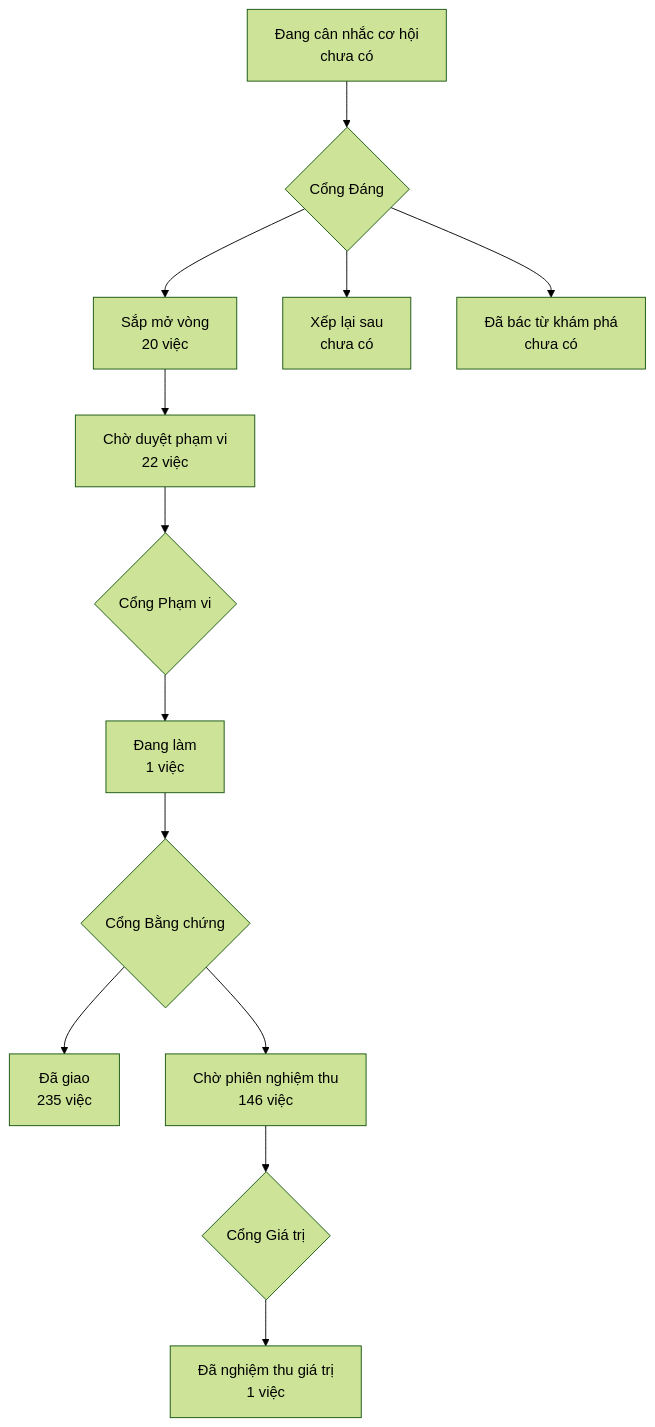
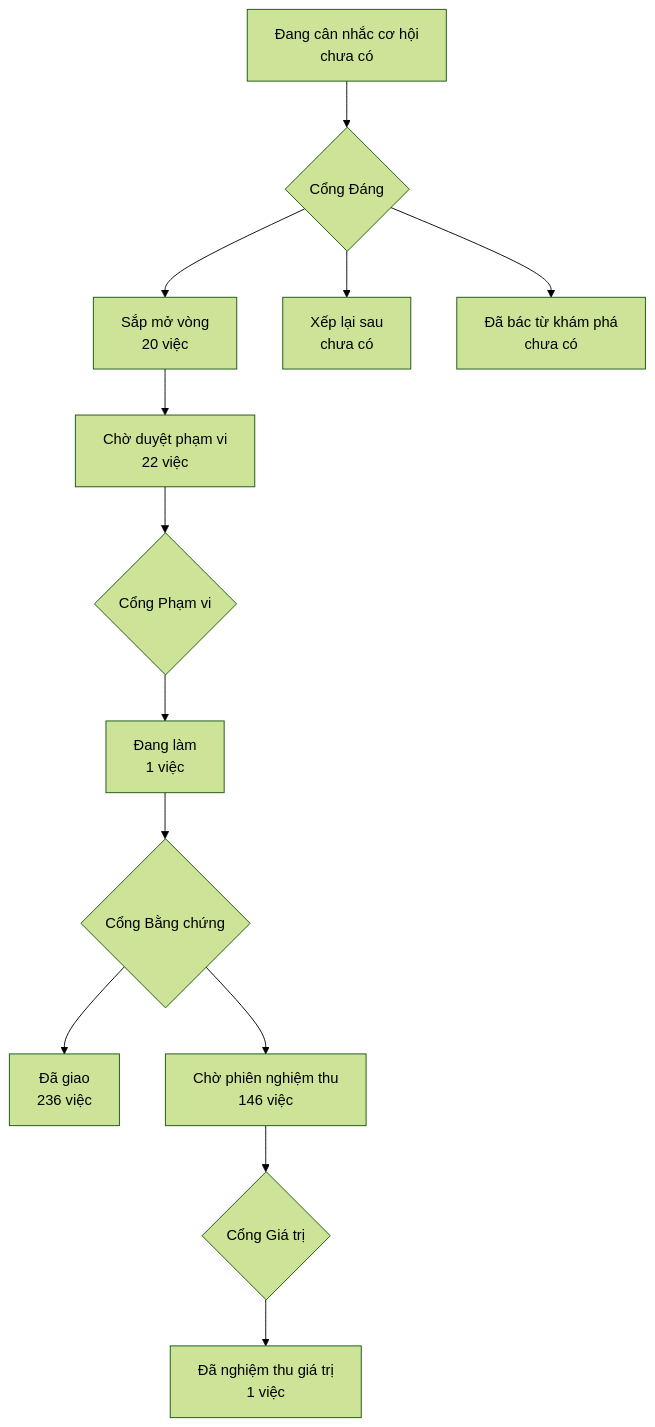
Before and after one commit to phanlemanh/onehub-invest: the diagram in PRODUCT-MAP.md, drawn with Mermaid (forest theme). The commit also changed other lines of this file and 1 other file, not shown here.

Commit message:
chore(sync-cloud-che-ten-nguon-moi-cot): sinh lại PRODUCT-MAP, LO-TRINH sau gộp main 1a2cb6a43

````diff
--- a/PRODUCT-MAP.md
+++ b/PRODUCT-MAP.md
@@ -7,12 +7,12 @@
 ```mermaid
 flowchart TD
   A["Đang cân nhắc cơ hội<br/>chưa có"] --> GD{"Cổng Đáng"}
   GD --> B["Sắp mở vòng<br/>20 việc"]
   GD --> XL["Xếp lại sau<br/>chưa có"]
   GD --> DB["Đã bác từ khám phá<br/>chưa có"]
   B --> CD["Chờ duyệt phạm vi<br/>22 việc"] --> GP{"Cổng Phạm vi"}
   GP --> DL["Đang làm<br/>1 việc"] --> GB{"Cổng Bằng chứng"}
-  GB --> DG["Đã giao<br/>235 việc"]
+  GB --> DG["Đã giao<br/>236 việc"]
   GB --> CN["Chờ phiên nghiệm thu<br/>146 việc"] --> GG{"Cổng Giá trị"}
   GG --> NT["Đã nghiệm thu giá trị<br/>1 việc"]
 ```
````
